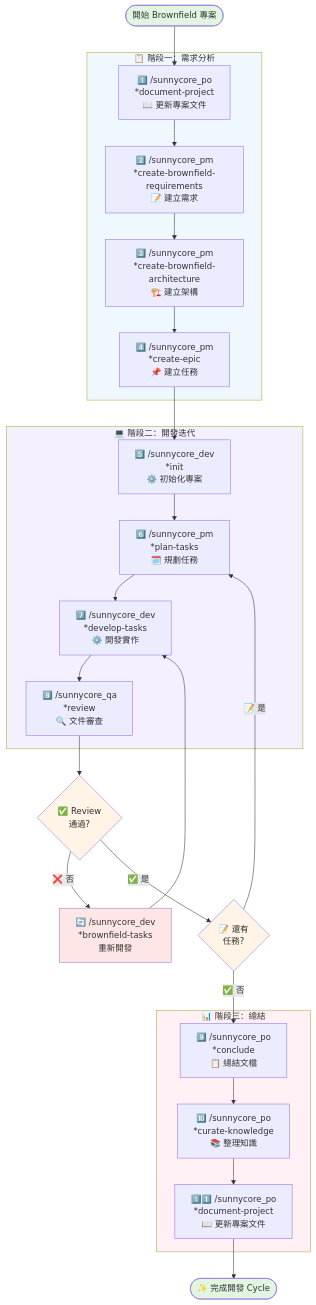
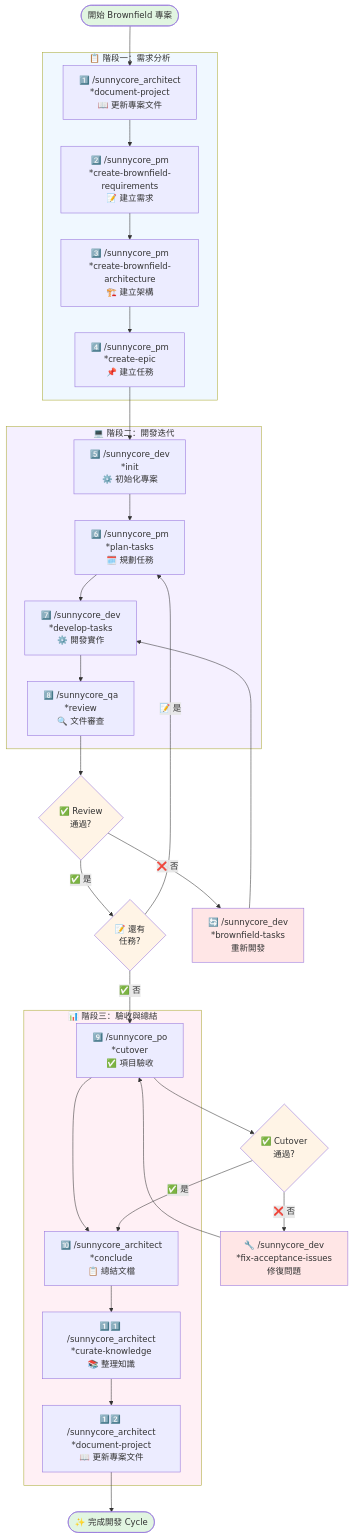
One commit to Yamiyorunoshura/sunnycore changed the second of 2 diagrams in claude code/README.md. Above: the diagram before and after it, drawn with Mermaid. The commit also changed other lines of this file and 8 other files, not shown here.

First line of the commit message:
feat(workflow)!: add cutover acceptance flow and architect role

````diff
--- a/claude code/README.md
+++ b/claude code/README.md
@@ -172,51 +192,61 @@
 ```mermaid
 flowchart TD
     Start([開始 Brownfield 專案]) --> A0
     
     subgraph Phase1 ["📋 階段一：需求分析"]
-        A0["1️⃣ /sunnycore_po<br/>*document-project<br/>📖 更新專案文件"]
+        A0["1️⃣ /sunnycore_architect<br/>*document-project<br/>📖 更新專案文件"]
         A1["2️⃣ /sunnycore_pm<br/>*create-brownfield-requirements<br/>📝 建立需求"]
         A2["3️⃣ /sunnycore_pm<br/>*create-brownfield-architecture<br/>🏗️ 建立架構"]
         A3["4️⃣ /sunnycore_pm<br/>*create-epic<br/>📌 建立任務"]
         A0 --> A1 --> A2 --> A3
     end
     
     subgraph Phase2 ["💻 階段二：開發迭代"]
         B0["5️⃣ /sunnycore_dev<br/>*init<br/>⚙️ 初始化專案"]
         B1["6️⃣ /sunnycore_pm<br/>*plan-tasks<br/>🗓️ 規劃任務"]
         B2["7️⃣ /sunnycore_dev<br/>*develop-tasks<br/>⚙️ 開發實作"]
         B3["8️⃣ /sunnycore_qa<br/>*review<br/>🔍 文件審查"]
         B0 --> B1 --> B2 --> B3
     end
     
     D1{"✅ Review<br/>通過?"}
     D2{"📝 還有<br/>任務?"}
     R1["🔄 /sunnycore_dev<br/>*brownfield-tasks<br/>重新開發"]
     
-    subgraph Phase3 ["📊 階段三：總結"]
-        C1["9️⃣ /sunnycore_po<br/>*conclude<br/>📋 總結文檔"]
-        C2["🔟 /sunnycore_po<br/>*curate-knowledge<br/>📚 整理知識"]
-        C3["1️⃣1️⃣ /sunnycore_po<br/>*document-project<br/>📖 更新專案文件"]
-        C1 --> C2 --> C3
+    subgraph Phase3 ["📊 階段三：驗收與總結"]
+        C0["9️⃣ /sunnycore_po<br/>*cutover<br/>✅ 項目驗收"]
+        C1["🔟 /sunnycore_architect<br/>*conclude<br/>📋 總結文檔"]
+        C2["1️⃣1️⃣ /sunnycore_architect<br/>*curate-knowledge<br/>📚 整理知識"]
+        C3["1️⃣2️⃣ /sunnycore_architect<br/>*document-project<br/>📖 更新專案文件"]
+        C0 --> C1 --> C2 --> C3
     end
+    
+    D3{"✅ Cutover<br/>通過?"}
+    R2["🔧 /sunnycore_dev<br/>*fix-acceptance-issues<br/>修復問題"]
     
     Done([✨ 完成開發 Cycle])
     
     A3 --> B0
     B3 --> D1
     D1 -->|"❌ 否"| R1
     R1 --> B2
     D1 -->|"✅ 是"| D2
     D2 -->|"📝 是"| B1
-    D2 -->|"✅ 否"| C1
+    D2 -->|"✅ 否"| C0
+    C0 --> D3
+    D3 -->|"❌ 否"| R2
+    R2 --> C0
+    D3 -->|"✅ 是"| C1
     C3 --> Done
     
     style Start fill:#e1f5e1
     style Done fill:#e1f5e1
     style D1 fill:#fff4e6
     style D2 fill:#fff4e6
+    style D3 fill:#fff4e6
     style R1 fill:#ffe6e6
+    style R2 fill:#ffe6e6
     style Phase1 fill:#f0f8ff
     style Phase2 fill:#f5f0ff
     style Phase3 fill:#fff0f5
 ```
````
